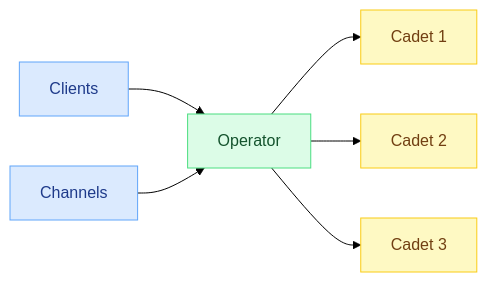
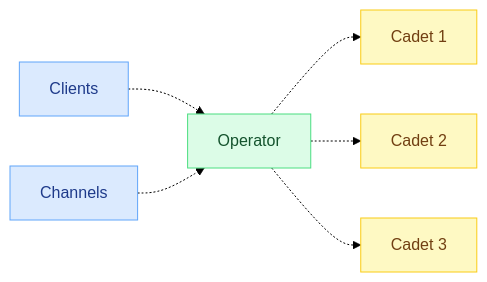
Before and after one commit to vargasjr-dev/mycadet-temp: the first of 3 diagrams in clients/docs/src/content/architecture.md, drawn with Mermaid (forest theme). The commit also changed other lines of this file and 6 other files, not shown here.

````diff
--- a/clients/docs/src/content/architecture.md
+++ b/clients/docs/src/content/architecture.md
@@ -11,19 +11,19 @@
 ```mermaid
 flowchart LR
   classDef clients fill:#dbeafe,stroke:#60a5fa,color:#1e3a8a
   classDef operator fill:#dcfce7,stroke:#4ade80,color:#14532d
   classDef cadet fill:#fef9c3,stroke:#facc15,color:#713f12
 
   Clients["Clients"]:::clients
   Channels["Channels"]:::clients
   Operator["Operator"]:::operator
   Cadet1["Cadet 1"]:::cadet
   Cadet2["Cadet 2"]:::cadet
   Cadet3["Cadet 3"]:::cadet
 
-  Clients --> Operator
-  Channels --> Operator
-  Operator --> Cadet1
-  Operator --> Cadet2
-  Operator --> Cadet3
+  Clients -.-> Operator
+  Channels -.-> Operator
+  Operator -.-> Cadet1
+  Operator -.-> Cadet2
+  Operator -.-> Cadet3
 ```
````
